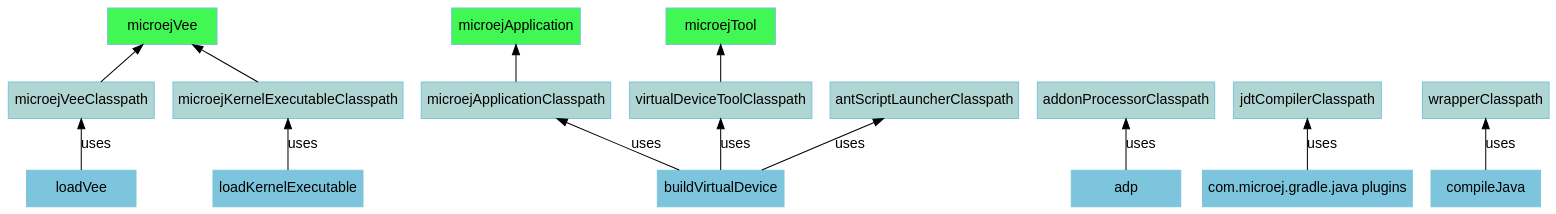
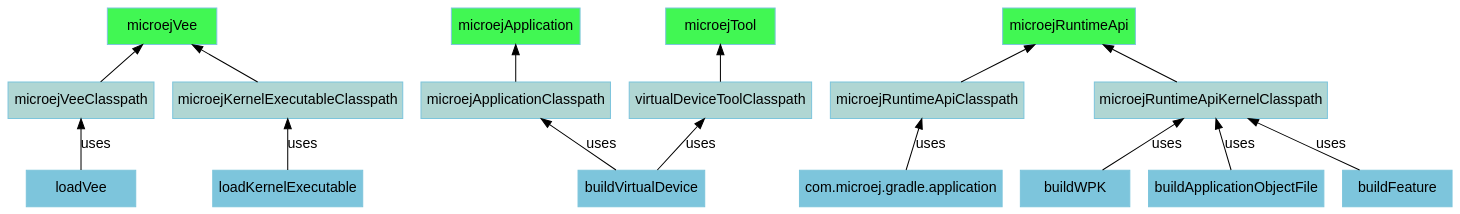
One commit to MicroEJ/docs changed the diagram in SDK6UserGuide/appendix/graphConfigurations.dot. Above: the diagram before and after it, drawn with Graphviz. The commit also changed 3 other files, not shown here.

```diff
--- a/SDK6UserGuide/appendix/graphConfigurations.dot
+++ b/SDK6UserGuide/appendix/graphConfigurations.dot
@@ -1,37 +1,38 @@
 digraph mygraph {
     rankdir="BT";
     bgcolor="transparent"
     fontname="Helvetica,Arial,sans-serif"
     node [
         shape = box
         width = 1.5
         color = "#7dc5dc"
         style = filled
         fontname="Helvetica,Arial,sans-serif"
     ]
     edge [fontname="Helvetica,Arial,sans-serif"]
     "microejVee" [fillcolor = "#41f753"]
     "microejApplication" [fillcolor = "#41f753"]
     "microejTool" [fillcolor = "#41f753"]
+    "microejRuntimeApi" [fillcolor = "#41f753"]
     "microejApplicationClasspath" [fillcolor = "#b0d6d3"]
     "microejVeeClasspath" [fillcolor = "#b0d6d3"]
     "microejKernelExecutableClasspath" [fillcolor = "#b0d6d3"]
     "virtualDeviceToolClasspath" [fillcolor = "#b0d6d3"]
-    "antScriptLauncherClasspath" [fillcolor = "#b0d6d3"]
-    "addonProcessorClasspath" [fillcolor = "#b0d6d3"]
-    "jdtCompilerClasspath" [fillcolor = "#b0d6d3"]
-    "wrapperClasspath" [fillcolor = "#b0d6d3"]
+    "microejRuntimeApiClasspath" [fillcolor = "#b0d6d3"]
+    "microejRuntimeApiKernelClasspath" [fillcolor = "#b0d6d3"]
 
     "loadVee" -> "microejVeeClasspath" [ label="uses" ]
     "microejVeeClasspath" -> "microejVee"
     "loadKernelExecutable" -> "microejKernelExecutableClasspath" [ label="uses" ]
     "microejKernelExecutableClasspath" -> "microejVee"
     "buildVirtualDevice" -> "microejApplicationClasspath" [ label="uses" ]
     "buildVirtualDevice" -> "virtualDeviceToolClasspath" [ label="uses" ]
-    "buildVirtualDevice" -> "antScriptLauncherClasspath" [ label="uses" ]
     "microejApplicationClasspath" -> "microejApplication"
-    "adp" -> "addonProcessorClasspath" [ label="uses" ]
-    "com.microej.gradle.java plugins" -> "jdtCompilerClasspath" [ label="uses" ]
-    "compileJava" -> "wrapperClasspath" [ label="uses" ]
     "virtualDeviceToolClasspath" -> "microejTool"
+    "microejRuntimeApiClasspath" -> "microejRuntimeApi"
+    "microejRuntimeApiKernelClasspath" -> "microejRuntimeApi"
+    "com.microej.gradle.application" -> "microejRuntimeApiClasspath" [ label="uses" ]
+    "buildWPK" -> "microejRuntimeApiKernelClasspath" [ label="uses" ]
+    "buildApplicationObjectFile" -> "microejRuntimeApiKernelClasspath" [ label="uses" ]
+    "buildFeature" -> "microejRuntimeApiKernelClasspath" [ label="uses" ]
 }
```
